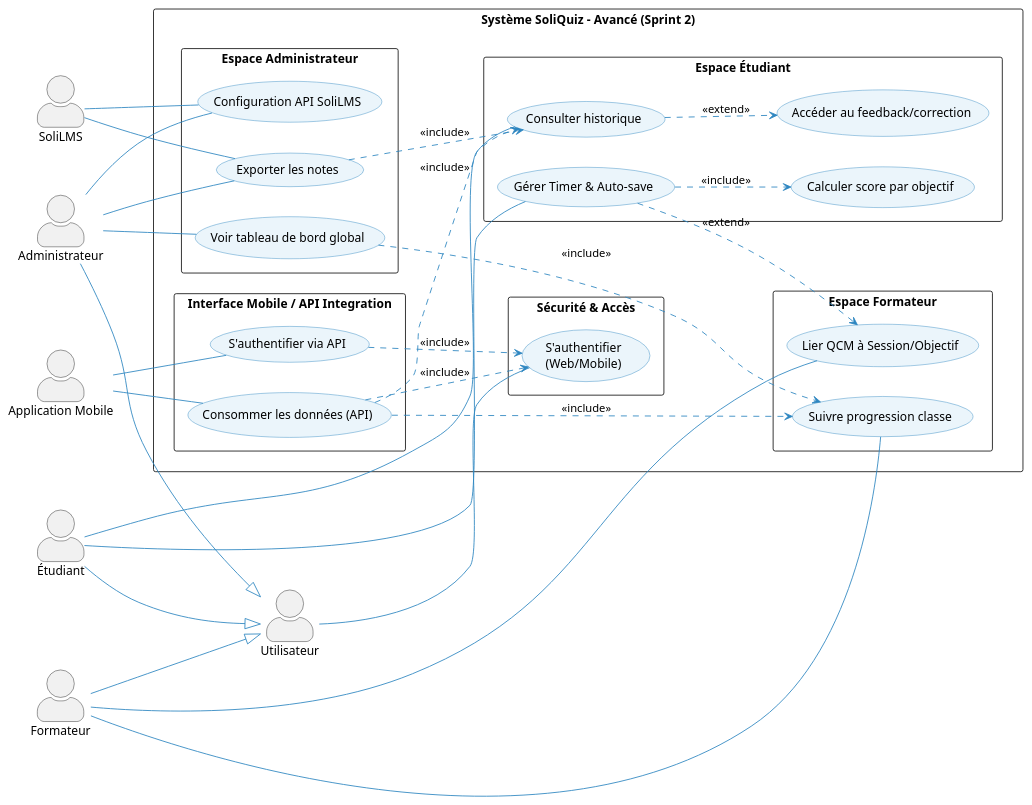
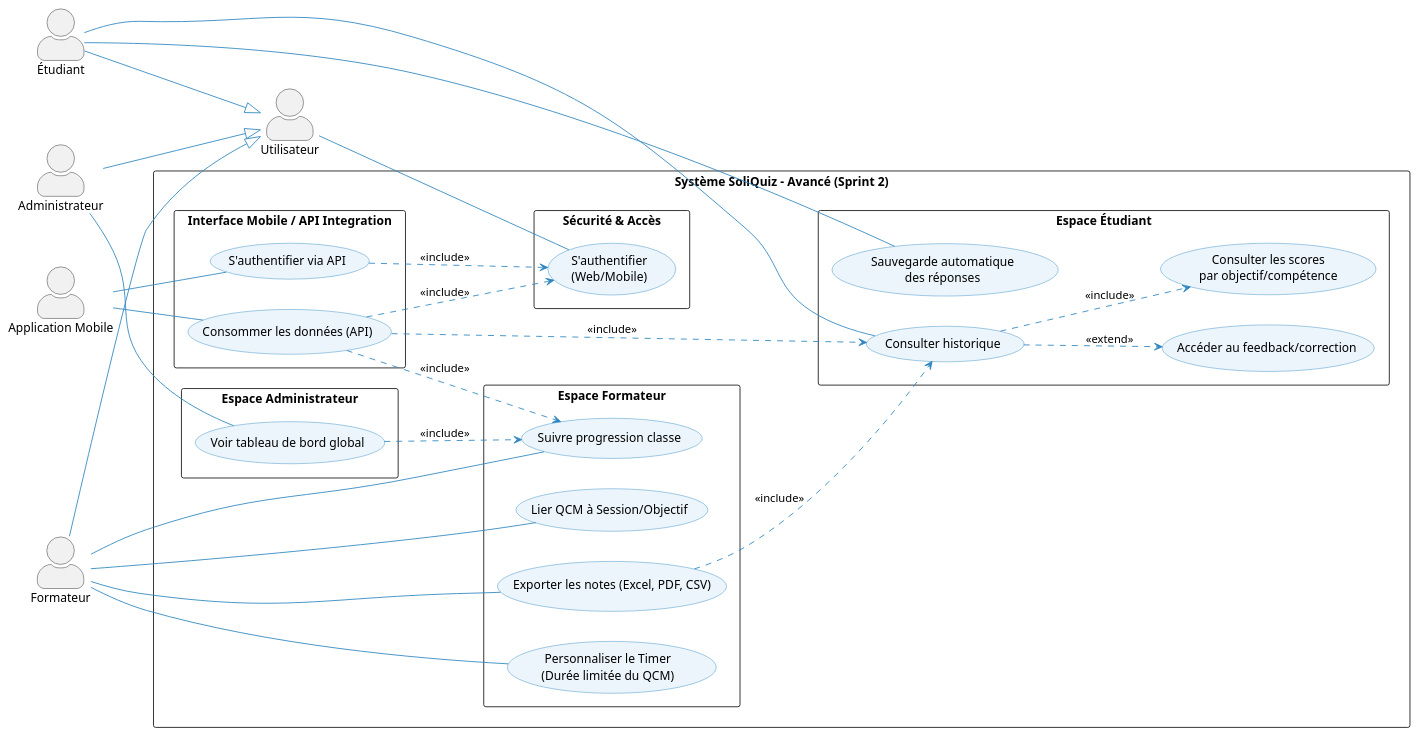
The diagram in Analyse/cas-utilisation/cas-utilisation-sprint-2-avancé.puml (BENYEKHLEF-Anouar/SoliQuiz), drawn with PlantUML before and after one commit. The commit also changed 5 other files, not shown here.

```diff
--- a/Analyse/cas-utilisation/cas-utilisation-sprint-2-avancé.puml
+++ b/Analyse/cas-utilisation/cas-utilisation-sprint-2-avancé.puml
@@ -1,104 +1,97 @@
 @startuml
 skinparam actorStyle awesome
 left to right direction
 skinparam packageStyle rectangle
 
 skinparam usecase {
     BackgroundColor #EBF5FB
     BorderColor #2E86C1
     ArrowColor #2E86C1
 }
 
-
 ' ==============================
 ' ACTORS
 ' ==============================
 actor "Utilisateur" as U
 actor "Administrateur" as A
 actor "Formateur" as F
 actor "Étudiant" as E
 actor "Application Mobile" as M
-actor "SoliLMS" as LMS
 
 A --|> U
 F --|> U
 E --|> U
 
 ' ==============================
 ' SYSTEM
 ' ==============================
 package "Système SoliQuiz - Avancé (Sprint 2)" {
 
     package "Sécurité & Accès" {
         usecase "S'authentifier\n(Web/Mobile)" as UC_LOGIN
     }
 
     package "Espace Administrateur" {
         usecase "Voir tableau de bord global" as UC_DASH_A
-        usecase "Configuration API SoliLMS" as UC_CONF
-        usecase "Exporter les notes" as UC_EXPORT
     }
 
     package "Espace Formateur" {
         usecase "Lier QCM à Session/Objectif" as UC_LINK
         usecase "Suivre progression classe" as UC_PROGRESS_F
+        usecase "Exporter les notes (Excel, PDF, CSV)" as UC_EXPORT_FILE
+        usecase "Personnaliser le Timer\n(Durée limitée du QCM)" as UC_TIMER_F
     }
 
     package "Espace Étudiant" {
-        usecase "Gérer Timer & Auto-save" as UC_TIMER
-        usecase "Calculer score par objectif" as UC_SCORE
         usecase "Consulter historique" as UC_HISTORY
         usecase "Accéder au feedback/correction" as UC_FEEDBACK
-
-        UC_TIMER ..> UC_SCORE : <<include>>
+        usecase "Sauvegarde automatique\ndes réponses" as UC_AUTOSAVE
+        usecase "Consulter les scores\npar objectif/compétence" as UC_SCORE_COMP
+        
         UC_HISTORY ..> UC_FEEDBACK : <<extend>>
+        UC_HISTORY ..> UC_SCORE_COMP : <<include>>
     }
 
     package "Interface Mobile / API Integration" {
         usecase "Consommer les données (API)" as UC_API
         usecase "S'authentifier via API" as UC_API_LOGIN
     }
 }
 
 ' ==============================
 ' ACTOR ASSOCIATIONS
 ' ==============================
 
 U -- UC_LOGIN
 
 A -- UC_DASH_A
-A -- UC_CONF
-A -- UC_EXPORT
 
 F -- UC_LINK
 F -- UC_PROGRESS_F
-
-E -- UC_TIMER
+F -- UC_EXPORT_FILE
+F -- UC_TIMER_F
 E -- UC_HISTORY
+E -- UC_AUTOSAVE
 
 M -- UC_API
 M -- UC_API_LOGIN
-
-LMS -- UC_CONF
-LMS -- UC_EXPORT
 
 
 ' ==============================
 ' MOBILE / API LOGIC
 ' ==============================
 
 UC_API ..> UC_LOGIN : <<include>>
 UC_API ..> UC_HISTORY : <<include>>
 UC_API ..> UC_PROGRESS_F : <<include>>
 UC_API_LOGIN ..> UC_LOGIN : <<include>>
 
 
 ' ==============================
 ' CROSS MODULE RELATIONS
 ' ==============================
 
 UC_DASH_A ..> UC_PROGRESS_F : <<include>>
-UC_EXPORT ..> UC_HISTORY : <<include>>
-UC_TIMER ..> UC_LINK : <<extend>>
+UC_EXPORT_FILE ..> UC_HISTORY : <<include>>
 
 @enduml
```
